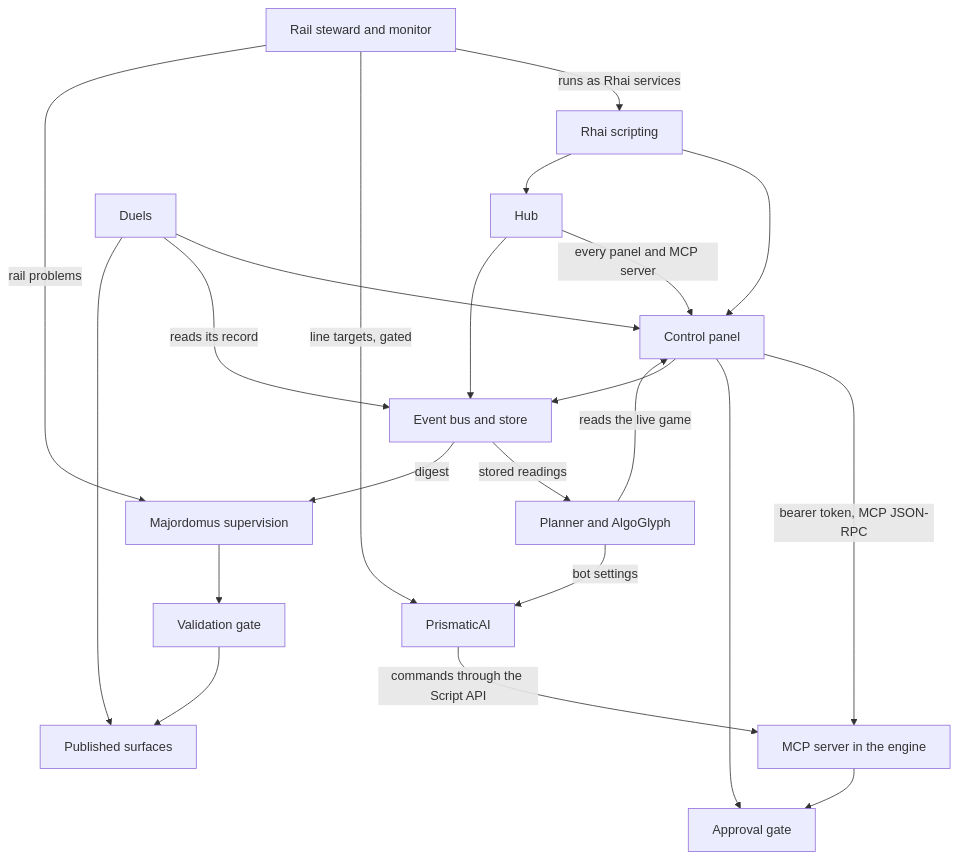
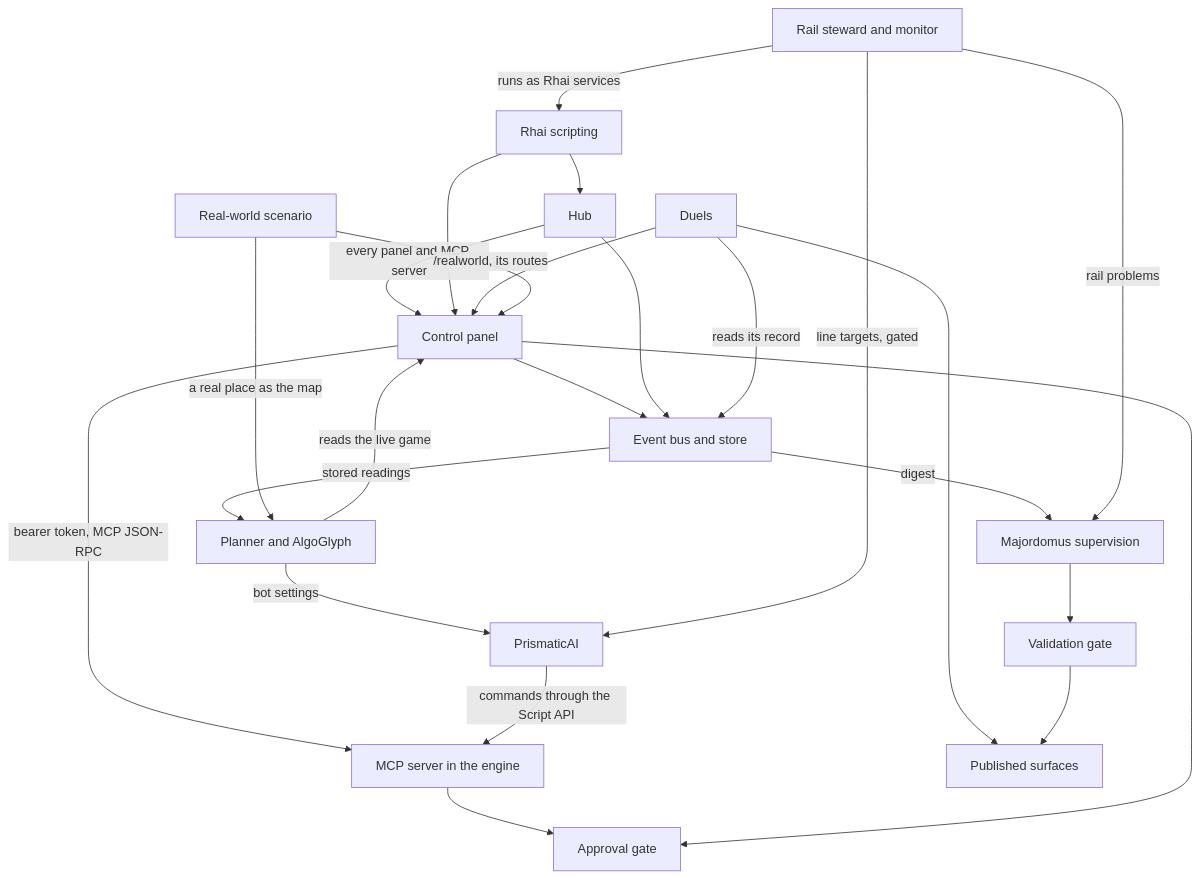
One commit to OpenTTD/OpenTTD changed the diagram in research/mechanisms/README.md. Above: the diagram before and after it, drawn with Mermaid. The commit also changed other lines of this file and 6 other files, not shown here.

First line of the commit message:
Doc: [PrismaticMCP] The real-world scenario gets its mechanism page, linked from the concepts, the index and the README

````diff
--- a/research/mechanisms/README.md
+++ b/research/mechanisms/README.md
@@ -13,24 +13,26 @@
 ```mermaid
 flowchart TB
   MCP["MCP server in the engine"] --> GATE["Approval gate"]
   PANEL["Control panel"] -->|"bearer token, MCP JSON-RPC"| MCP
   PANEL --> GATE
   PANEL --> BUS["Event bus and store"]
   HUB["Hub"] -->|"every panel and MCP server"| PANEL
   HUB --> BUS
   RHAI["Rhai scripting"] --> PANEL
   RHAI --> HUB
   PLAN["Planner and AlgoGlyph"] -->|"reads the live game"| PANEL
   PLAN -->|"bot settings"| AI["PrismaticAI"]
   BUS -->|"stored readings"| PLAN
   STEW["Rail steward and monitor"] -->|"runs as Rhai services"| RHAI
   STEW -->|"line targets, gated"| AI
   AI -->|"commands through the Script API"| MCP
   DUEL["Duels"] --> PANEL
   DUEL -->|"reads its record"| BUS
   DUEL --> SURF["Published surfaces"]
   VAL["Validation gate"] --> SURF
   MAJ["Majordomus supervision"] --> VAL
   BUS -->|"digest"| MAJ
   STEW -->|"rail problems"| MAJ
+  RW["Real-world scenario"] -->|"a real place as the map"| PLAN
+  RW -->|"/realworld, its routes"| PANEL
 ```
````
